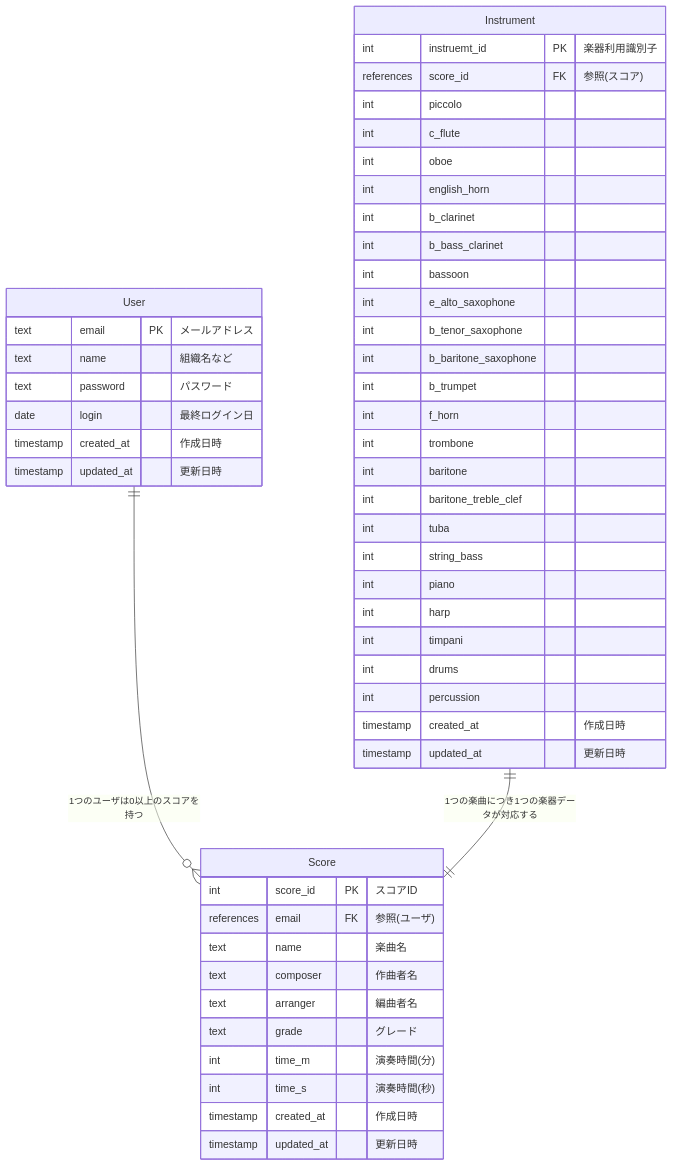
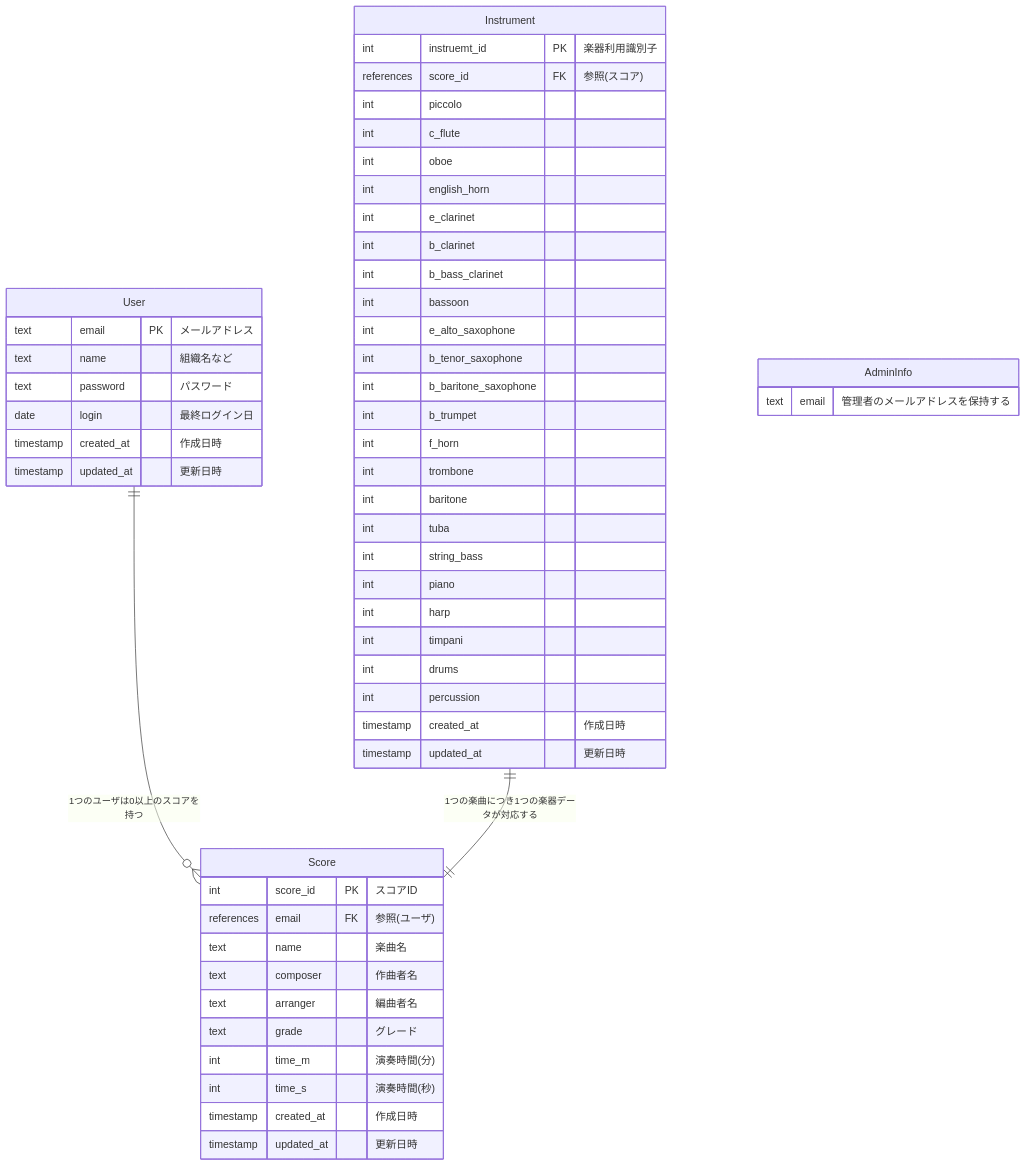
Before and after one commit to MIZOGUCHIKoki/MusicScoreManagementApp: the diagram in docs/externalDesign/db-nwDesign/er.md, drawn with Mermaid. The commit also changed 10 other files, not shown here.

````diff
--- a/docs/externalDesign/db-nwDesign/er.md
+++ b/docs/externalDesign/db-nwDesign/er.md
@@ -1,55 +1,60 @@
 ```mermaid
 erDiagram
 	User ||--o{ Score : "1つのユーザは0以上のスコアを持つ"
 	Instrument ||--|| Score : "1つの楽曲につき1つの楽器データが対応する"
+
+	AdminInfo {
+		text email "管理者のメールアドレスを保持する"
+	}
+
 	User {
 		text email PK "メールアドレス"
 		text name "組織名など"
 		text password "パスワード"
 		date login "最終ログイン日"
 		timestamp created_at "作成日時"
     timestamp updated_at "更新日時"
 	}
 	
 	Score {
 		int score_id PK "スコアID"
 		references email FK "参照(ユーザ)"
 		text name "楽曲名"
 		text composer "作曲者名"
 		text arranger "編曲者名"
 		text grade "グレード"
 		int time_m "演奏時間(分)"
 		int time_s "演奏時間(秒)"
 		timestamp created_at "作成日時"
     timestamp updated_at "更新日時"
 	}
 	
 Instrument {
 	int instruemt_id PK "楽器利用識別子"
 	references score_id FK "参照(スコア)"
 	int piccolo
 	int c_flute
 	int oboe
 	int english_horn
+	int e_clarinet
 	int b_clarinet
 	int b_bass_clarinet
 	int bassoon
 	int e_alto_saxophone
 	int b_tenor_saxophone
 	int b_baritone_saxophone
 	int b_trumpet
 	int f_horn
 	int trombone
 	int baritone
-	int baritone_treble_clef
 	int tuba
 	int string_bass
 	int piano
 	int harp
 	int timpani
 	int drums
 	int percussion
 	timestamp created_at "作成日時"
-  timestamp updated_at "更新日時"
+  	timestamp updated_at "更新日時"
 }
 ```
````
